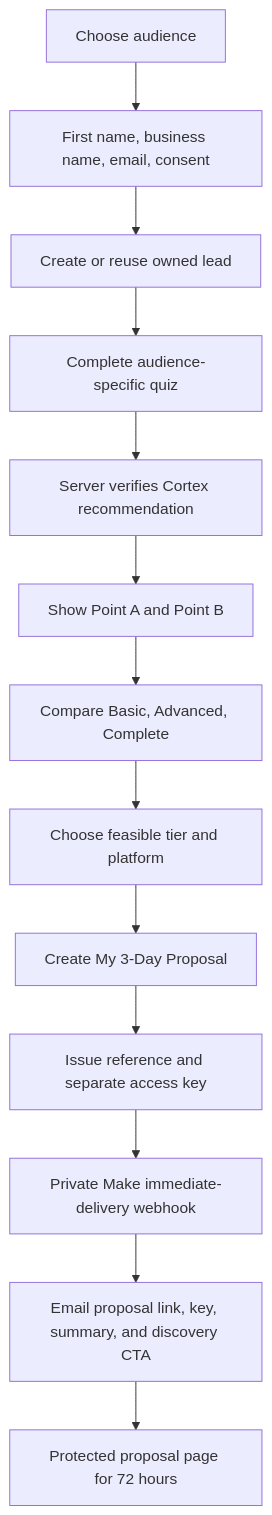
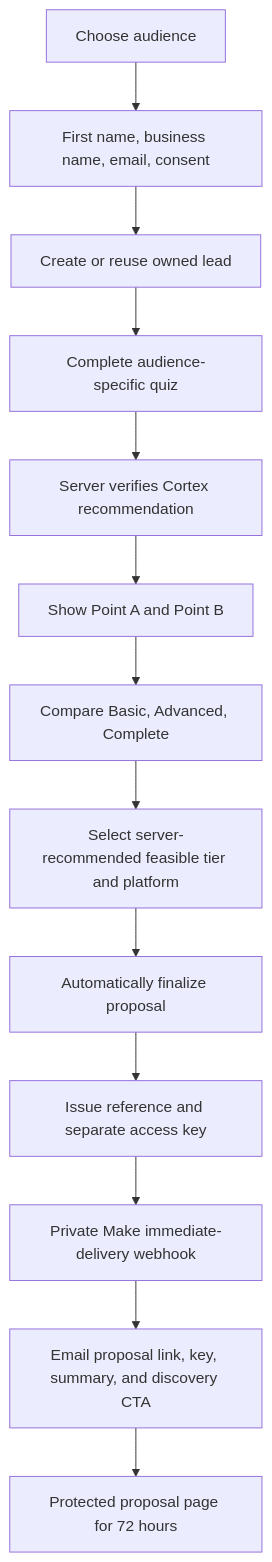
The second of 3 diagrams in docs/portfolio-blueprint.md (dmptelysha/elysha-works-portfolio-service-professionals), drawn with Mermaid before and after one commit. The commit also changed other lines of this file and 5 other files, not shown here.

````diff
--- a/docs/portfolio-blueprint.md
+++ b/docs/portfolio-blueprint.md
@@ -500,15 +501,15 @@
 ```mermaid
 flowchart TD
     A[Choose audience] --> B[First name, business name, email, consent]
     B --> C[Create or reuse owned lead]
     C --> D[Complete audience-specific quiz]
     D --> E[Server verifies Cortex recommendation]
     E --> F[Show Point A and Point B]
     F --> G[Compare Basic, Advanced, Complete]
-    G --> H[Choose feasible tier and platform]
-    H --> I[Create My 3-Day Proposal]
+    G --> H[Select server-recommended feasible tier and platform]
+    H --> I[Automatically finalize proposal]
     I --> J[Issue reference and separate access key]
     J --> K[Private Make immediate-delivery webhook]
     K --> L[Email proposal link, key, summary, and discovery CTA]
     L --> M[Protected proposal page for 72 hours]
 ```
````
